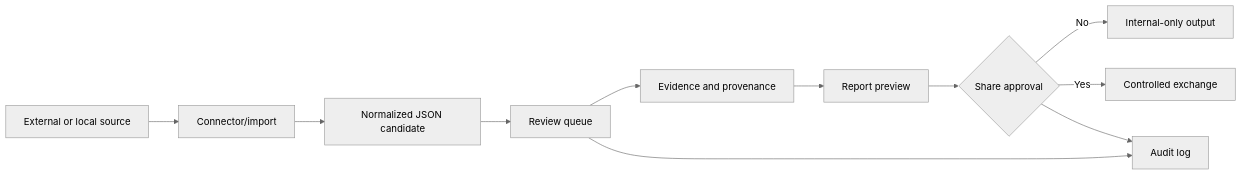
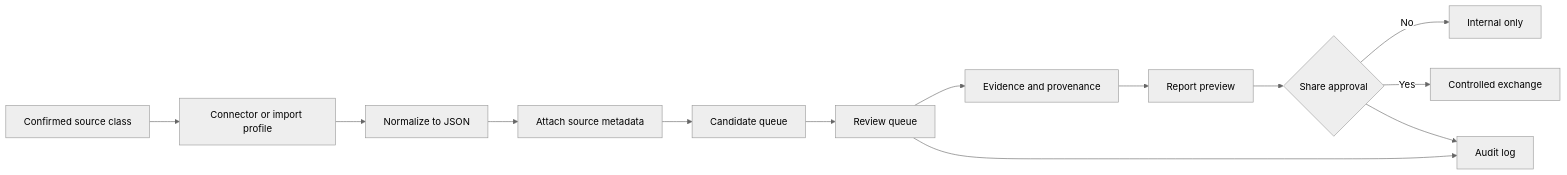
Before and after one commit to GJvManen/legolens-core: the diagram in docs/STANDARDS_AND_FUNCTIONS_V3_0_1.md, drawn with Mermaid (neutral theme). The commit also changed other lines of this file, not shown here.

Commit message:
docs: align connectors and standards with full release evidence

````diff
--- a/docs/STANDARDS_AND_FUNCTIONS_V3_0_1.md
+++ b/docs/STANDARDS_AND_FUNCTIONS_V3_0_1.md
@@ -43,13 +135,15 @@
 ```mermaid
 flowchart LR
-    A[External or local source] --> B[Connector/import]
-    B --> C[Normalized JSON candidate]
-    C --> D[Review queue]
-    D --> E[Evidence and provenance]
-    E --> F[Report preview]
-    F --> G{Share approval}
-    G -->|No| H[Internal-only output]
-    G -->|Yes| I[Controlled exchange]
-    D --> J[Audit log]
-    G --> J
+    A[Confirmed source class] --> B[Connector or import profile]
+    B --> C[Normalize to JSON]
+    C --> D[Attach source metadata]
+    D --> E[Candidate queue]
+    E --> F[Review queue]
+    F --> G[Evidence and provenance]
+    G --> H[Report preview]
+    H --> I{Share approval}
+    I -->|No| J[Internal only]
+    I -->|Yes| K[Controlled exchange]
+    F --> L[Audit log]
+    I --> L
 ```
````
